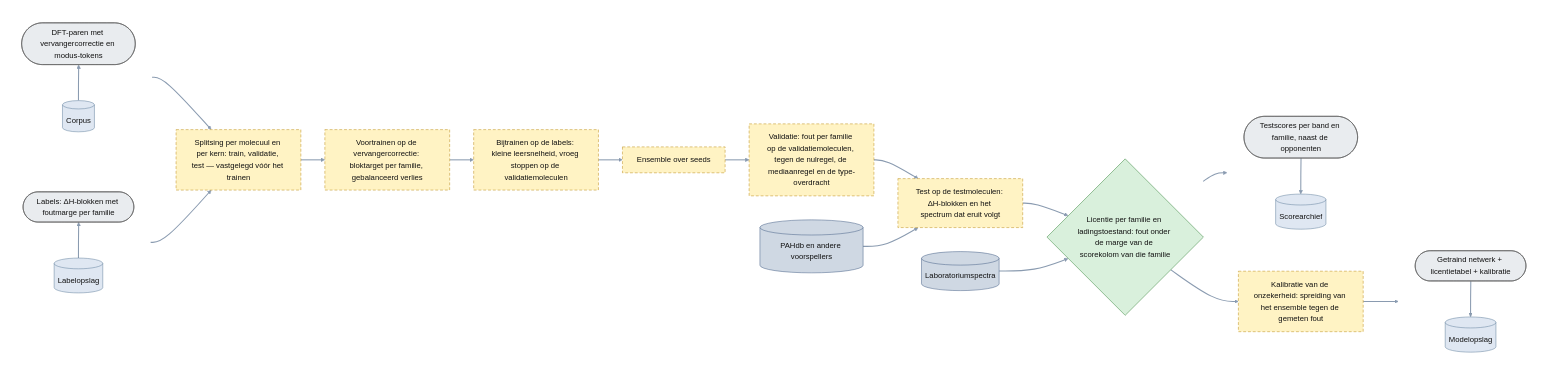
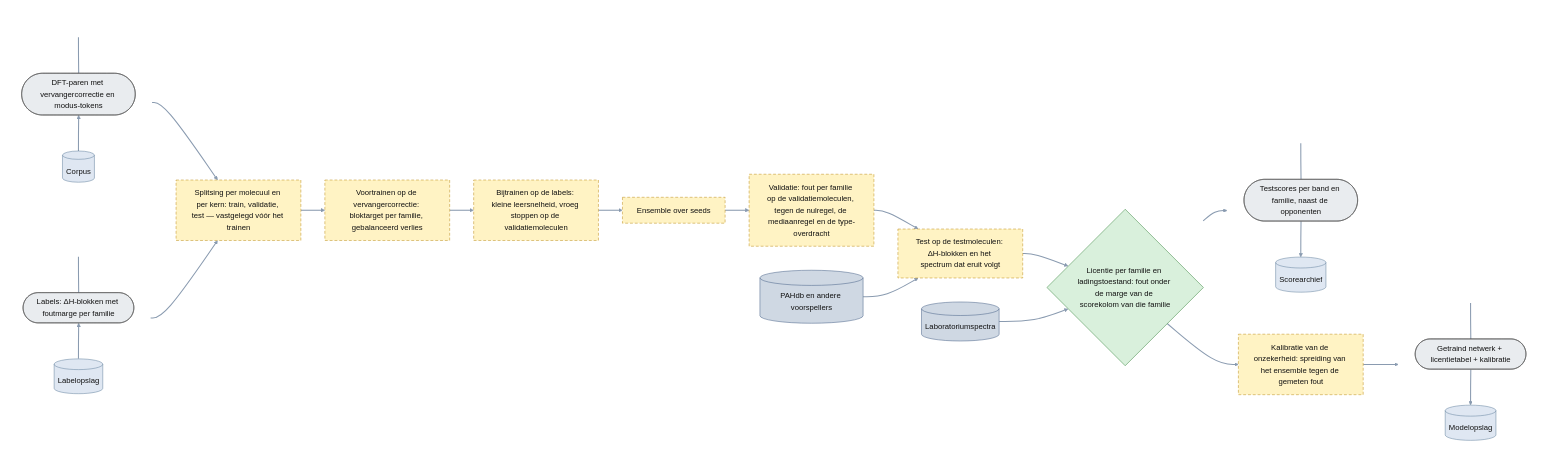
One commit to thebreadishard/udacity-capstone-plan changed the diagram in plans/05_delta-probed-ir-pipeline/GoalGathering/architecture/20_training_validatie_test.mmd. Above: the diagram before and after it, drawn with Mermaid. The commit also changed 5 other files, not shown here.

Commit message:
Plan 05 architecture: invisible spacer above each data object so it aligns with the neighbouring step (store below); pipeline sheet without the model store and its data object (steps only)

```diff
--- a/plans/05_delta-probed-ir-pipeline/GoalGathering/architecture/20_training_validatie_test.mmd
+++ b/plans/05_delta-probed-ir-pipeline/GoalGathering/architecture/20_training_validatie_test.mmd
@@ -1,56 +1,68 @@
 %% Training, validatie en test (niveau 3): uit corpus en labels komt een getraind netwerk met een licentietabel. Nog niet begonnen.
 %% Rechthoek = processtap; ronde uiteinden = data-object; cilinder = opslag (onder het data-object); ruit = poort. Gestippeld = nog niet gebouwd.
 flowchart LR
   linkStyle default stroke:#8a9bb0,stroke-width:2.2px
   classDef planned stroke-dasharray: 6 4,stroke:#b8860b,fill:#fff3c4,color:#111
   classDef data fill:#e9ecef,stroke:#555,color:#111
   classDef gate fill:#d9f0dc,stroke:#2e7d32,color:#111
   classDef store fill:#dfe7f2,stroke:#5b7a99,color:#111
   classDef ext fill:#cfd8e3,stroke:#3d5a80,color:#111
 
   subgraph IN1 [" "]
     direction BT
     PROXY(["DFT-paren met vervangercorrectie en modus-tokens"]):::data
     CORPUS[("Corpus")]:::store
     CORPUS --> PROXY
+    SP0[" "]
+    PROXY ~~~ SP0
   end
+  style SP0 fill:none,stroke:none,color:transparent
   subgraph IN2 [" "]
     direction BT
     LAB(["Labels: ΔH-blokken met foutmarge per familie"]):::data
     LABELS[("Labelopslag")]:::store
     LABELS --> LAB
+    SP1[" "]
+    LAB ~~~ SP1
   end
+  style SP1 fill:none,stroke:none,color:transparent
   SPLIT["Splitsing per molecuul en per kern: train, validatie, test — vastgelegd vóór het trainen"]:::planned
   PRE["Voortrainen op de vervangercorrectie: bloktarget per familie, gebalanceerd verlies"]:::planned
   FT["Bijtrainen op de labels: kleine leersnelheid, vroeg stoppen op de validatiemoleculen"]:::planned
   ENS["Ensemble over seeds"]:::planned
   VAL["Validatie: fout per familie op de validatiemoleculen, tegen de nulregel, de mediaanregel en de type-overdracht"]:::planned
   TEST["Test op de testmoleculen: ΔH-blokken en het spectrum dat eruit volgt"]:::planned
   LABDB[("Laboratoriumspectra")]:::ext
   PAHDB[("PAHdb en andere voorspellers")]:::ext
   SCORE{"Licentie per familie en ladingstoestand: fout onder de marge van de scorekolom van die familie"}:::gate
   CAL["Kalibratie van de onzekerheid: spreiding van het ensemble tegen de gemeten fout"]:::planned
   subgraph OUT [" "]
     direction TB
     MODEL(["Getraind netwerk + licentietabel + kalibratie"]):::data
     MODELS[("Modelopslag")]:::store
     MODEL --> MODELS
+    SP2[" "]
+    SP2 ~~~ MODEL
   end
+  style SP2 fill:none,stroke:none,color:transparent
   subgraph OUT2 [" "]
     direction TB
     RES(["Testscores per band en familie, naast de opponenten"]):::data
     RESS[("Scorearchief")]:::store
     RES --> RESS
+    SP3[" "]
+    SP3 ~~~ RES
   end
+  style SP3 fill:none,stroke:none,color:transparent
   style IN1 fill:none,stroke:none
   style IN2 fill:none,stroke:none
   style OUT fill:none,stroke:none
   style OUT2 fill:none,stroke:none
 
   IN1 --> SPLIT
   IN2 --> SPLIT
   SPLIT --> PRE --> FT --> ENS --> VAL --> TEST --> SCORE
   LABDB --> SCORE
   PAHDB --> TEST
   SCORE --> OUT2
   SCORE --> CAL --> OUT
```
